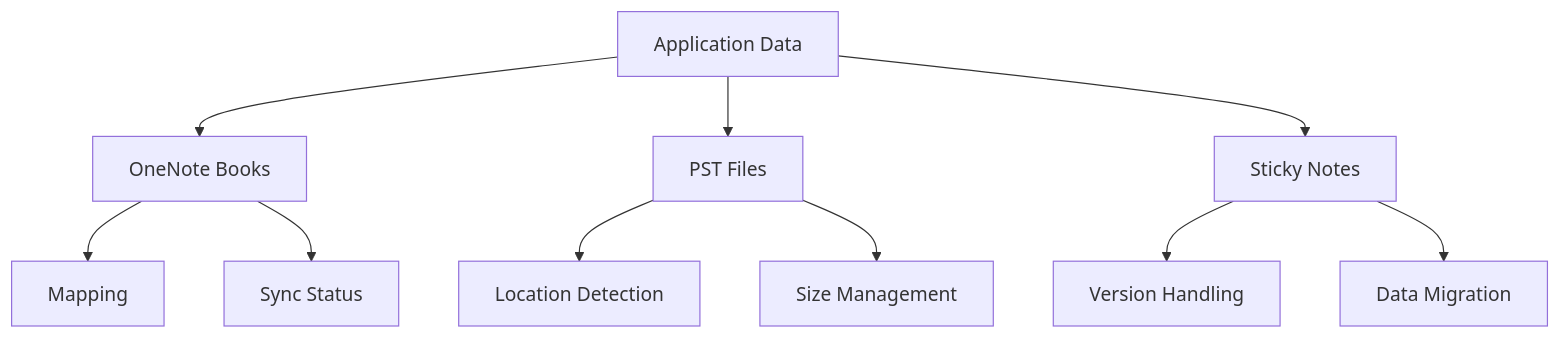
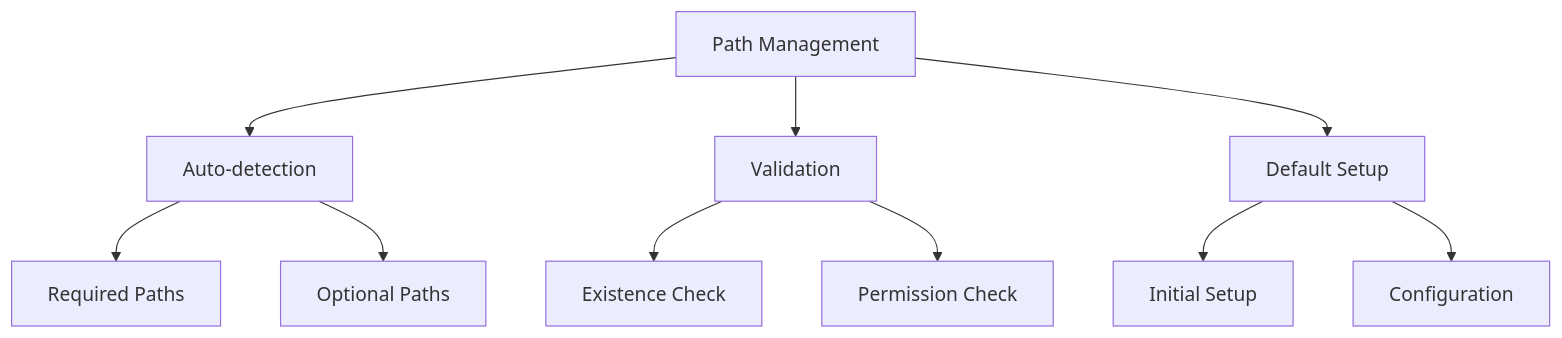
One commit to amcodin/Powershell_EQL changed the second of 3 diagrams in memory-bank/progress.md. Above: the diagram before and after it, drawn with Mermaid. The commit also changed other lines of this file and 2 other files, not shown here.

````diff
--- a/memory-bank/progress.md
+++ b/memory-bank/progress.md
@@ -77,15 +78,15 @@
 ```mermaid
 graph TD
-    A[Application Data] --> B[OneNote Books]
-    A --> C[PST Files]
-    A --> D[Sticky Notes]
+    A[Path Management] --> B[Auto-detection]
+    A --> C[Validation]
+    A --> D[Default Setup]
     
-    B --> E[Mapping]
-    B --> F[Sync Status]
+    B --> E[Required Paths]
+    B --> F[Optional Paths]
     
-    C --> G[Location Detection]
-    C --> H[Size Management]
+    C --> G[Existence Check]
+    C --> H[Permission Check]
     
-    D --> I[Version Handling]
-    D --> J[Data Migration]
+    D --> I[Initial Setup]
+    D --> J[Configuration]
 ```
````
